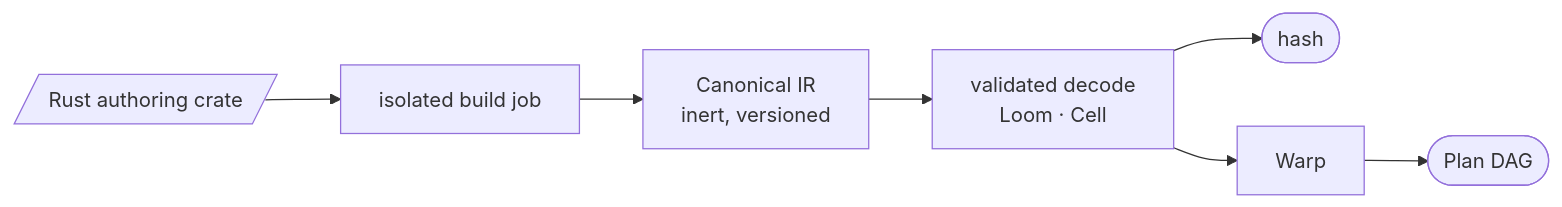
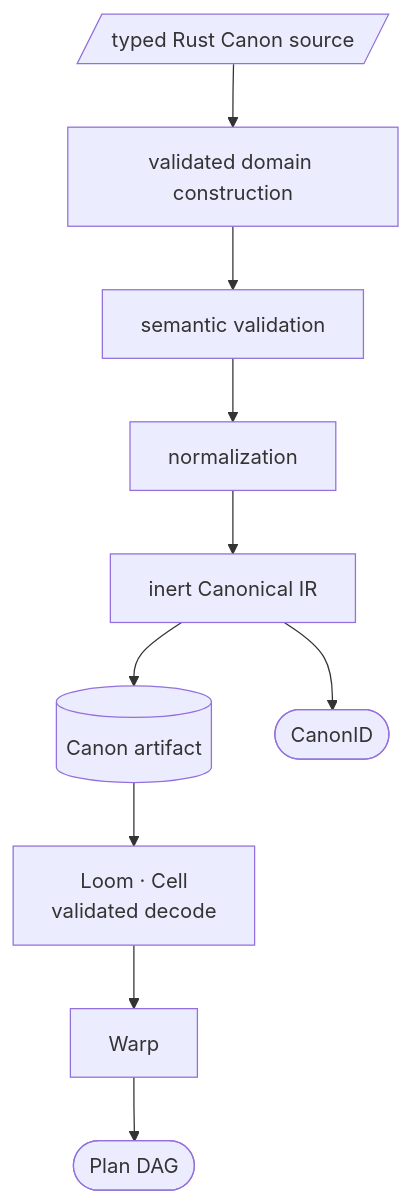
The fifth of 20 diagrams in docs/PROJECT-SPEC.md (kmosoti/Nomos), drawn with Mermaid before and after one commit. The commit also changed other lines of this file and 17 other files, not shown here.

````diff
--- a/docs/PROJECT-SPEC.md
+++ b/docs/PROJECT-SPEC.md
@@ -225,6 +253,11 @@
 ```mermaid
-flowchart LR
-    R[/"Rust authoring crate"/] --> B["isolated build job"] --> IR["Canonical IR<br/>inert, versioned"]
-    IR --> V["validated decode<br/>Loom · Cell"] --> H(["hash"])
-    V --> W["Warp"] --> D(["Plan DAG"])
+flowchart TB
+    SRC[/"typed Rust Canon source"/] --> DC["validated domain construction"]
+    DC --> SV["semantic validation"]
+    SV --> NM["normalization"]
+    NM --> IR["inert Canonical IR"]
+    IR --> ART[("Canon artifact")]
+    ART --> LC["Loom · Cell<br/>validated decode"]
+    LC --> W["Warp"] --> D(["Plan DAG"])
+    IR --> H(["CanonID"])
 ```
````
